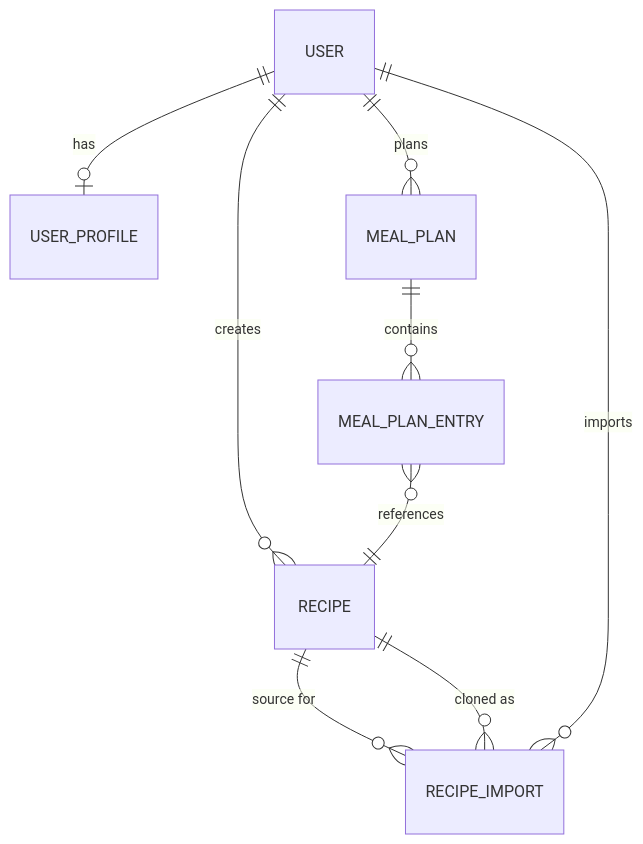
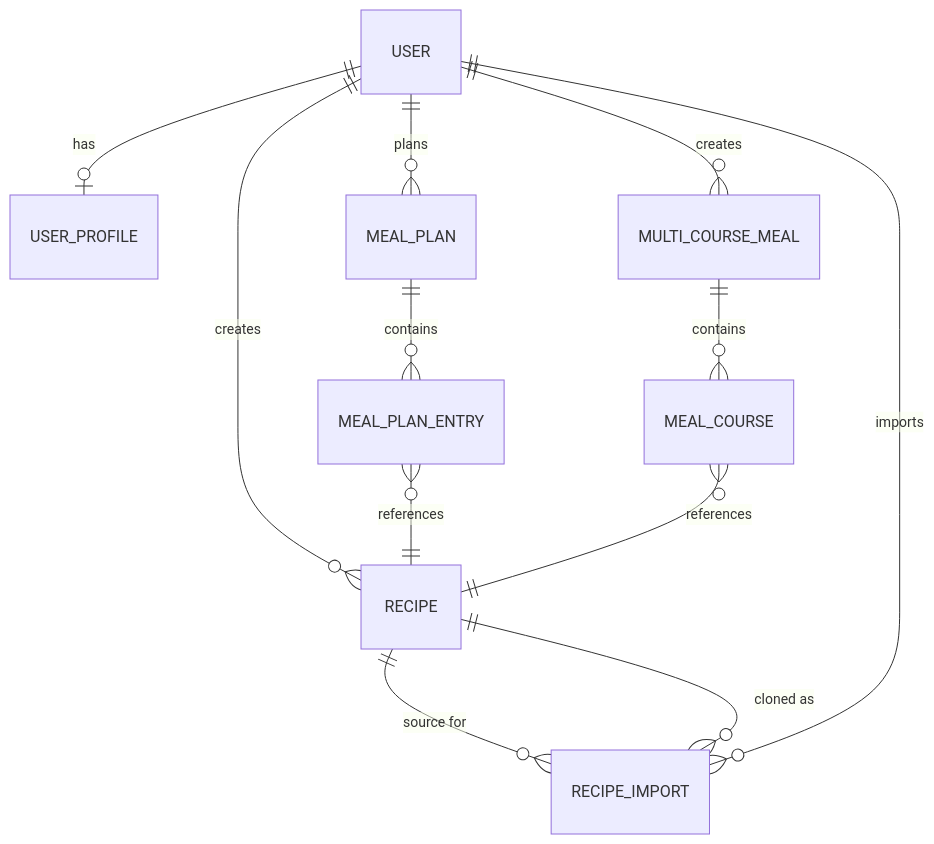
The first of 2 diagrams in .cursor/context.md (SeanningTatum/mise-en-place-2), drawn with Mermaid before and after one commit. The commit also changed other lines of this file and 76 other files, not shown here.

````diff
--- a/.cursor/context.md
+++ b/.cursor/context.md
@@ -131,11 +131,14 @@
 ```mermaid
 erDiagram
     USER ||--o| USER_PROFILE : has
     USER ||--o{ RECIPE : creates
     RECIPE ||--o{ RECIPE_IMPORT : "source for"
     RECIPE ||--o{ RECIPE_IMPORT : "cloned as"
     USER ||--o{ RECIPE_IMPORT : imports
     USER ||--o{ MEAL_PLAN : plans
     MEAL_PLAN ||--o{ MEAL_PLAN_ENTRY : contains
     MEAL_PLAN_ENTRY }o--|| RECIPE : references
+    USER ||--o{ MULTI_COURSE_MEAL : creates
+    MULTI_COURSE_MEAL ||--o{ MEAL_COURSE : contains
+    MEAL_COURSE }o--|| RECIPE : references
 ```
````
